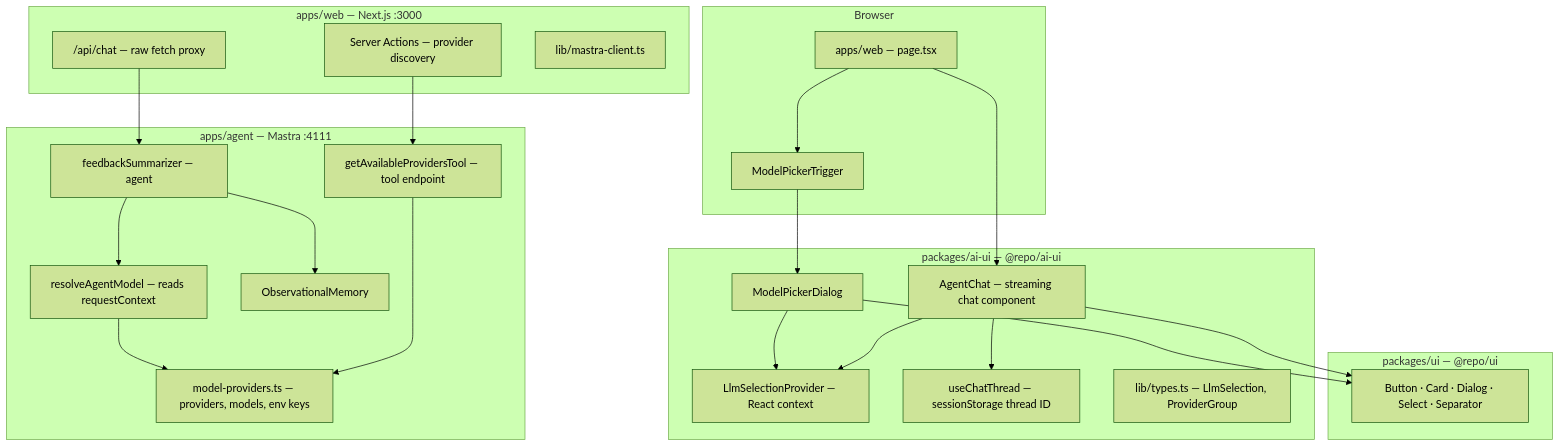
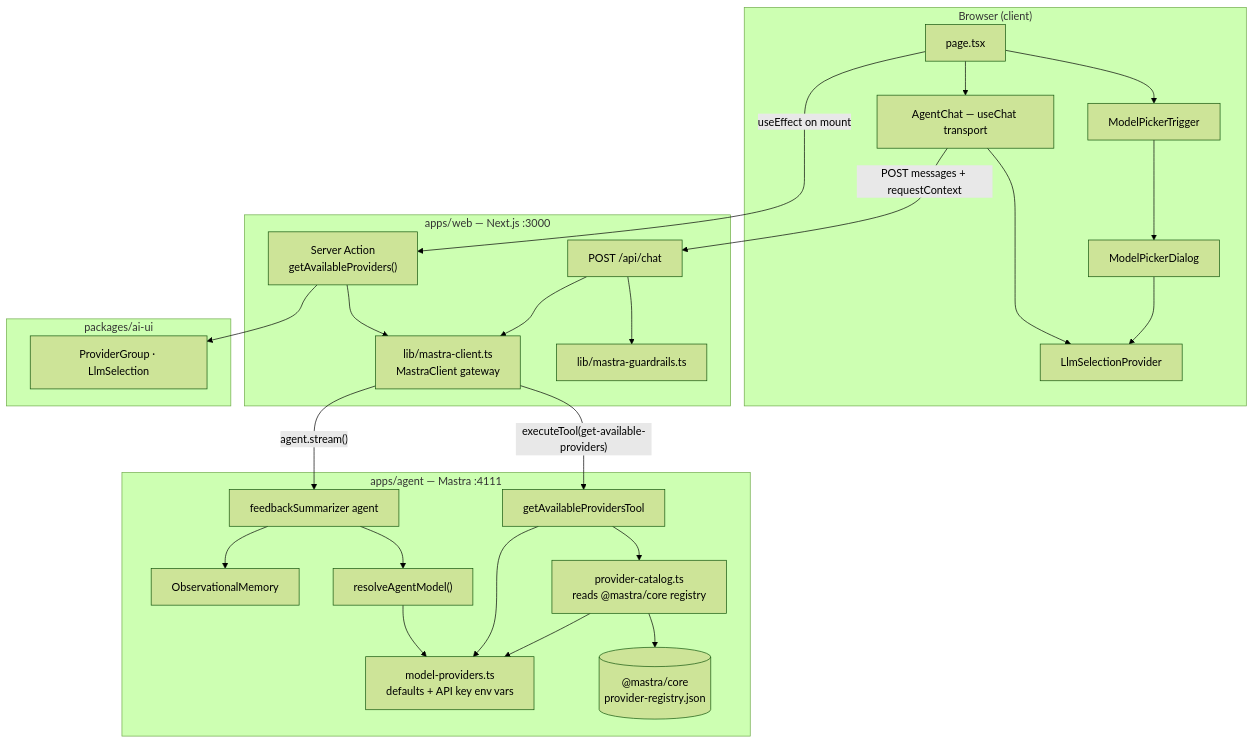
One commit to khedhar108/monorepo-shadcn-tailwindcss changed the first of 3 diagrams in docs/architecture/mastra-web-connection.md. Above: the diagram before and after it, drawn with Mermaid (forest theme). The commit also changed other lines of this file and 18 other files, not shown here.

````diff
--- a/docs/architecture/mastra-web-connection.md
+++ b/docs/architecture/mastra-web-connection.md
@@ -9,48 +9,54 @@
 ```mermaid
 flowchart TB
-  subgraph browser ["Browser"]
-    Page["apps/web — page.tsx"]
+  subgraph browser ["Browser (client)"]
+    Page["page.tsx"]
     Picker["ModelPickerTrigger"]
+    Dialog["ModelPickerDialog"]
+    LSC["LlmSelectionProvider"]
+    AC["AgentChat — useChat transport"]
   end
 
   subgraph web ["apps/web — Next.js :3000"]
-    Route["/api/chat — raw fetch proxy"]
-    SA["Server Actions — provider discovery"]
-    Client["lib/mastra-client.ts"]
+    SA["Server Action<br/>getAvailableProviders()"]
+    Route["POST /api/chat"]
+    Gateway["lib/mastra-client.ts<br/>MastraClient gateway"]
+    Guardrails["lib/mastra-guardrails.ts"]
   end
 
-  subgraph aiui ["packages/ai-ui — @repo/ai-ui"]
-    AC["AgentChat — streaming chat component"]
-    MPD["ModelPickerDialog"]
-    LSC["LlmSelectionProvider — React context"]
-    Hook["useChatThread — sessionStorage thread ID"]
-    Types["lib/types.ts — LlmSelection, ProviderGroup"]
-  end
-
-  subgraph ui ["packages/ui — @repo/ui"]
-    Shadcn["Button · Card · Dialog · Select · Separator"]
+  subgraph aiui ["packages/ai-ui"]
+    Types["ProviderGroup · LlmSelection"]
   end
 
   subgraph agent ["apps/agent — Mastra :4111"]
-    Config["model-providers.ts — providers, models, env keys"]
-    Resolve["resolveAgentModel — reads requestContext"]
-    ProvTool["getAvailableProvidersTool — tool endpoint"]
-    Agent["feedbackSummarizer — agent"]
+    Tool["getAvailableProvidersTool"]
+    Catalog["provider-catalog.ts<br/>reads @mastra/core registry"]
+    Registry[("@mastra/core<br/>provider-registry.json")]
+    Defaults["model-providers.ts<br/>defaults + API key env vars"]
+    Resolve["resolveAgentModel()"]
+    FBAgent["feedbackSummarizer agent"]
     Memory["ObservationalMemory"]
   end
 
+  Page --> Picker
+  Picker --> Dialog
+  Dialog --> LSC
   Page --> AC
-  Page --> Picker
-  Picker --> MPD
-  MPD --> Shadcn
-  MPD --> LSC
-  AC --> Shadcn
-  AC --> Hook
   AC --> LSC
-  Route --> Agent
-  SA --> ProvTool
-  Agent --> Resolve
-  Resolve --> Config
-  ProvTool --> Config
-  Agent --> Memory
+
+  Page -->|"useEffect on mount"| SA
+  SA --> Gateway
+  Gateway -->|"executeTool(get-available-providers)"| Tool
+  Tool --> Catalog
+  Catalog --> Registry
+  Catalog --> Defaults
+  Tool --> Defaults
+  SA --> Types
+
+  AC -->|"POST messages + requestContext"| Route
+  Route --> Guardrails
+  Route --> Gateway
+  Gateway -->|"agent.stream()"| FBAgent
+  FBAgent --> Resolve
+  Resolve --> Defaults
+  FBAgent --> Memory
 ```
````
